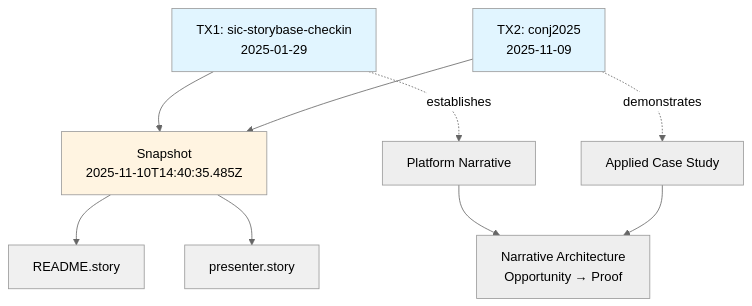
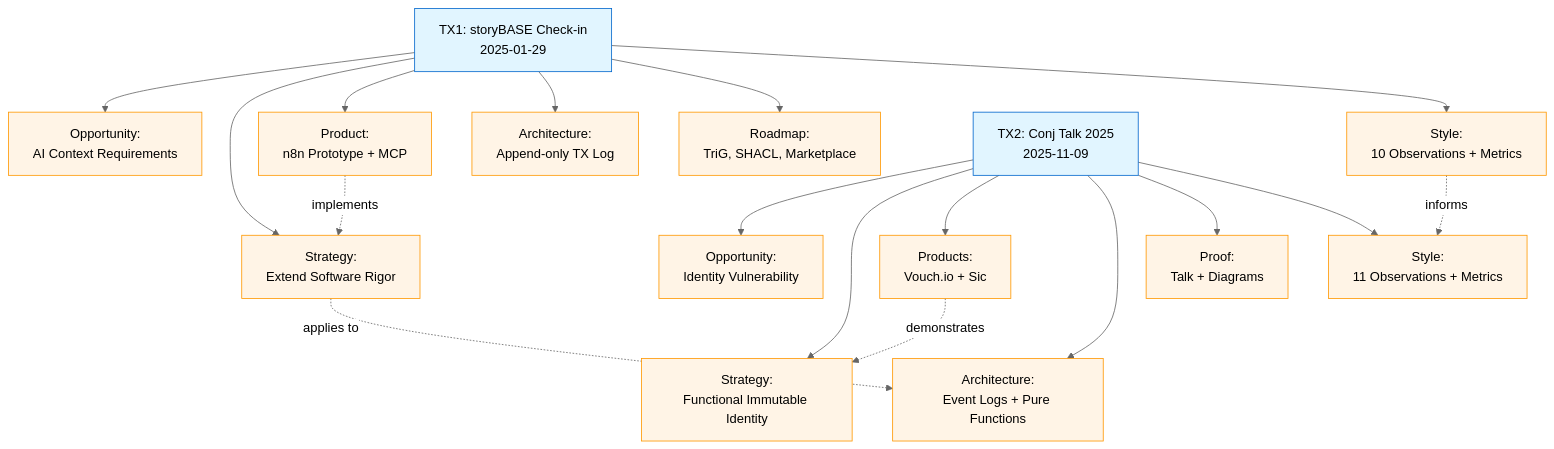
Before and after one commit to Synthetic-Identity-Co/conj-talk-2025: the diagram in README.md, drawn with Mermaid (neutral theme). The commit also changed other lines of this file, not shown here.

Commit message:
story:  3745b160a6c9e0e4a33b3d1663b35454991eba22

````diff
--- a/README.md
+++ b/README.md
@@ -120,18 +72,26 @@
 ```mermaid
 graph TD
-    A[TX1: sic-storybase-checkin<br/>2025-01-29] --> C[Snapshot<br/>2025-11-10T14:40:35.485Z]
-    B[TX2: conj2025<br/>2025-11-09] --> C
-    C --> D[README.story]
-    C --> E[presenter.story]
+    TX1[TX1: storyBASE Check-in<br/>2025-01-29] --> Opp1[Opportunity:<br/>AI Context Requirements]
+    TX1 --> Strat1[Strategy:<br/>Extend Software Rigor]
+    TX1 --> Prod1[Product:<br/>n8n Prototype + MCP]
+    TX1 --> Arch1[Architecture:<br/>Append-only TX Log]
+    TX1 --> Road1[Roadmap:<br/>TriG, SHACL, Marketplace]
+    TX1 --> Style1[Style:<br/>10 Observations + Metrics]
     
-    A -.establishes.-> F[Platform Narrative]
-    B -.demonstrates.-> G[Applied Case Study]
-    F --> H[Narrative Architecture<br/>Opportunity → Proof]
-    G --> H
+    TX2[TX2: Conj Talk 2025<br/>2025-11-09] --> Opp2[Opportunity:<br/>Identity Vulnerability]
+    TX2 --> Strat2[Strategy:<br/>Functional Immutable Identity]
+    TX2 --> Prod2[Products:<br/>Vouch.io + Sic]
+    TX2 --> Arch2[Architecture:<br/>Event Logs + Pure Functions]
+    TX2 --> Proof2[Proof:<br/>Talk + Diagrams]
+    TX2 --> Style2[Style:<br/>11 Observations + Metrics]
     
-    style A fill:#e1f5ff
-    style B fill:#e1f5ff
-    style C fill:#fff4e1
-    style D fill:#f0f0f0
-    style E fill:#f0f0f0
+    Strat1 -.->|applies to| Arch2
+    Prod1 -.->|implements| Strat1
+    Prod2 -.->|demonstrates| Strat2
+    Style1 -.->|informs| Style2
+    
+    classDef tx fill:#e1f5ff,stroke:#0066cc
+    classDef domain fill:#fff4e6,stroke:#ff9800
+    class TX1,TX2 tx
+    class Opp1,Opp2,Strat1,Strat2,Prod1,Prod2,Arch1,Arch2,Road1,Proof2,Style1,Style2 domain
 ```
````
